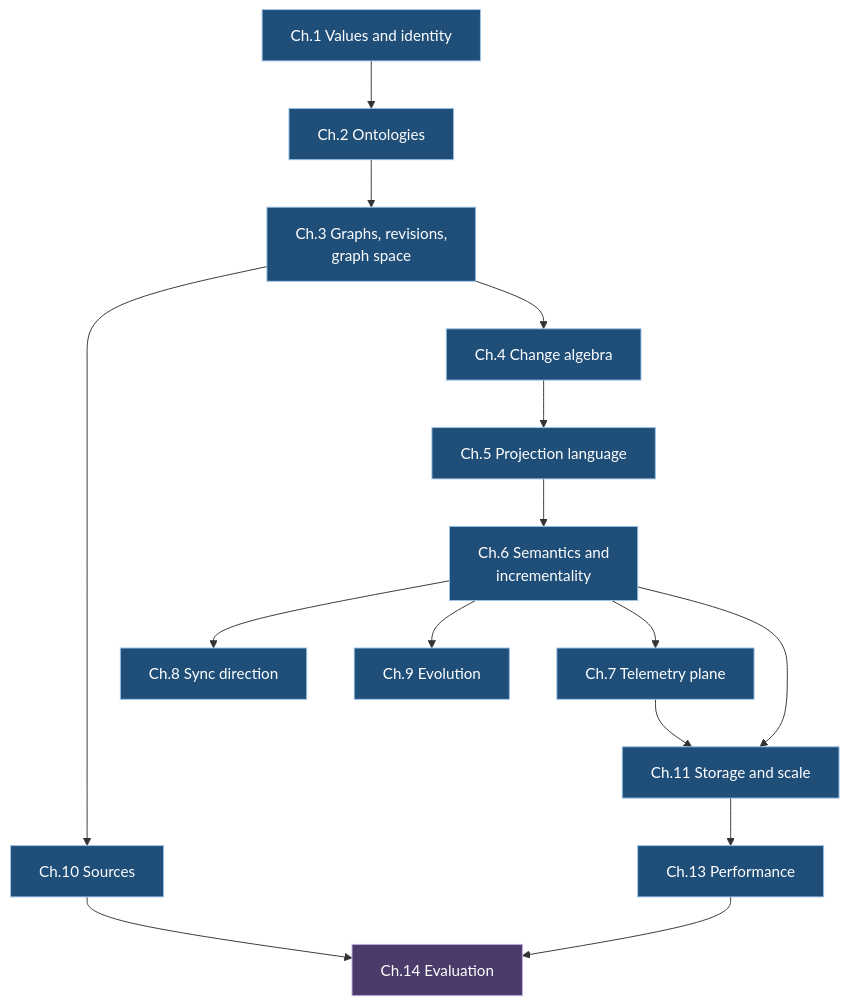
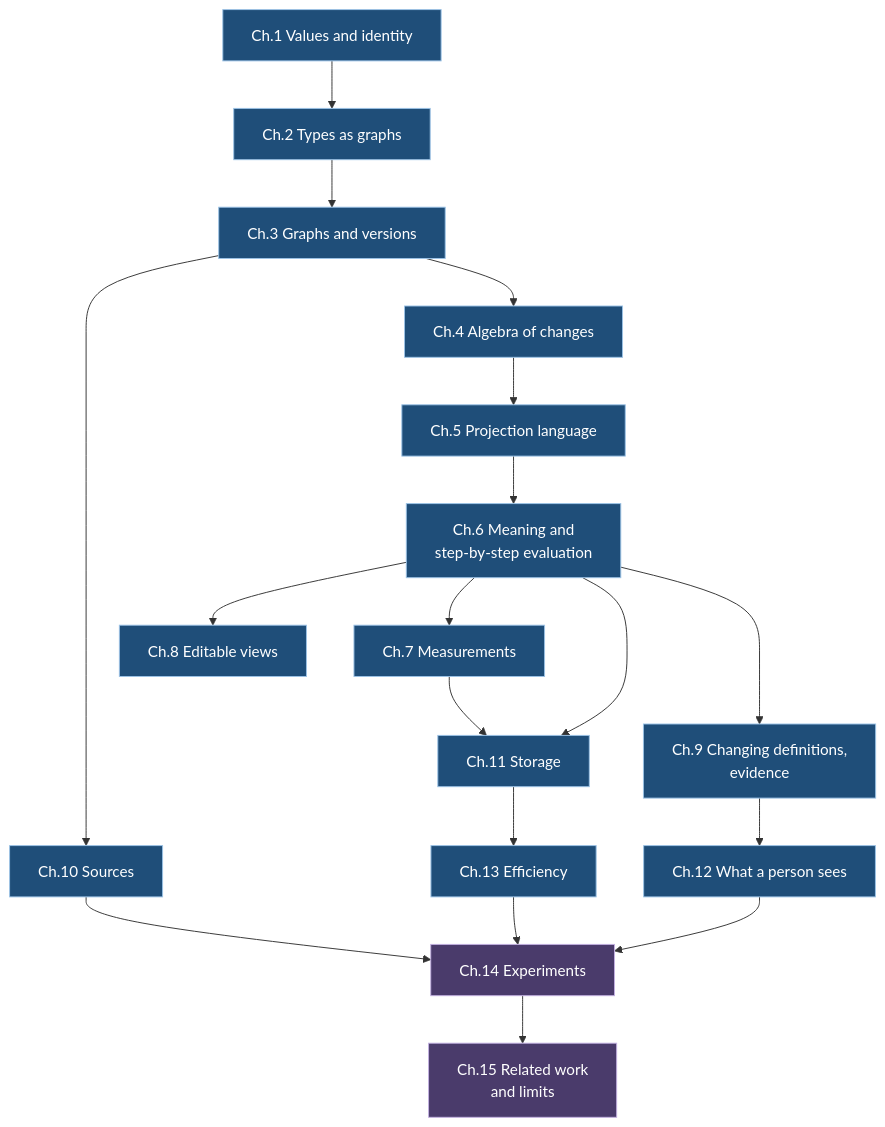
One commit to abossard/sattle changed the second of 2 diagrams in paper/ch00-introduction.md. Above: the diagram before and after it, drawn with Mermaid. The commit also changed other lines of this file and 142 other files, not shown here.

Commit message:
White paper: plain scientific style without commit references, artifact appendix, fill and no-data definitions, independent derivations; research note on definitions as projections and the grammar as a graph

````diff
--- a/paper/ch00-introduction.md
+++ b/paper/ch00-introduction.md
@@ -120,21 +163,24 @@
 ```mermaid
 flowchart TB
-  L1["Ch.1 Values and identity"] --> L2["Ch.2 Ontologies"]
-  L2 --> L3["Ch.3 Graphs, revisions,<br/>graph space"]
-  L3 --> L4["Ch.4 Change algebra"]
+  L1["Ch.1 Values and identity"] --> L2["Ch.2 Types as graphs"]
+  L2 --> L3["Ch.3 Graphs and versions"]
+  L3 --> L4["Ch.4 Algebra of changes"]
   L4 --> L5["Ch.5 Projection language"]
-  L5 --> L6["Ch.6 Semantics and<br/>incrementality"]
-  L6 --> L7["Ch.7 Telemetry plane"]
-  L6 --> L8["Ch.8 Sync direction"]
-  L6 --> L9["Ch.9 Evolution"]
+  L5 --> L6["Ch.6 Meaning and<br/>step-by-step evaluation"]
+  L6 --> L7["Ch.7 Measurements"]
+  L6 --> L8["Ch.8 Editable views"]
+  L6 --> L9["Ch.9 Changing definitions,<br/>evidence"]
   L3 --> L10["Ch.10 Sources"]
-  L7 --> L11["Ch.11 Storage and scale"]
+  L7 --> L11["Ch.11 Storage"]
   L6 --> L11
-  L11 --> L13["Ch.13 Performance"]
-  L10 --> L14["Ch.14 Evaluation"]
+  L11 --> L13["Ch.13 Efficiency"]
+  L9 --> L12["Ch.12 What a person sees"]
+  L10 --> L14["Ch.14 Experiments"]
   L13 --> L14
-  classDef done fill:#1f4e79,stroke:#9cc3e6,color:#ffffff
-  classDef later fill:#4a3b6b,stroke:#c3b1e1,color:#ffffff
-  class L1,L2,L3,L4,L5,L6,L7,L8,L9,L10,L11,L13 done
-  class L14 later
+  L12 --> L14
+  L14 --> L15["Ch.15 Related work<br/>and limits"]
+  classDef th fill:#1f4e79,stroke:#9cc3e6,color:#ffffff
+  classDef ex fill:#4a3b6b,stroke:#c3b1e1,color:#ffffff
+  class L1,L2,L3,L4,L5,L6,L7,L8,L9,L10,L11,L12,L13 th
+  class L14,L15 ex
 ```
````
